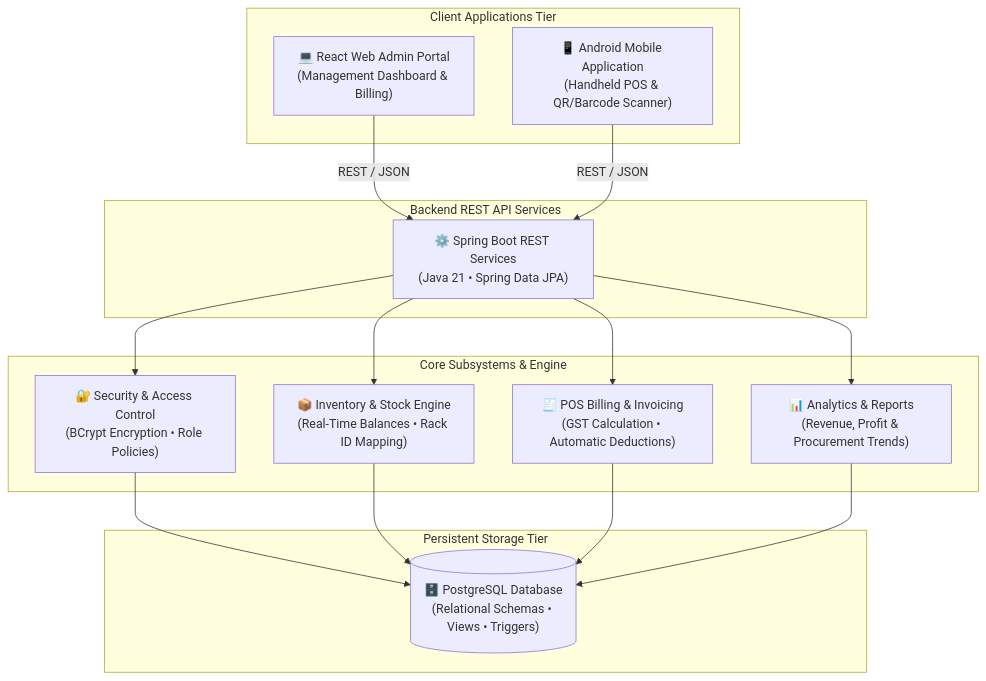
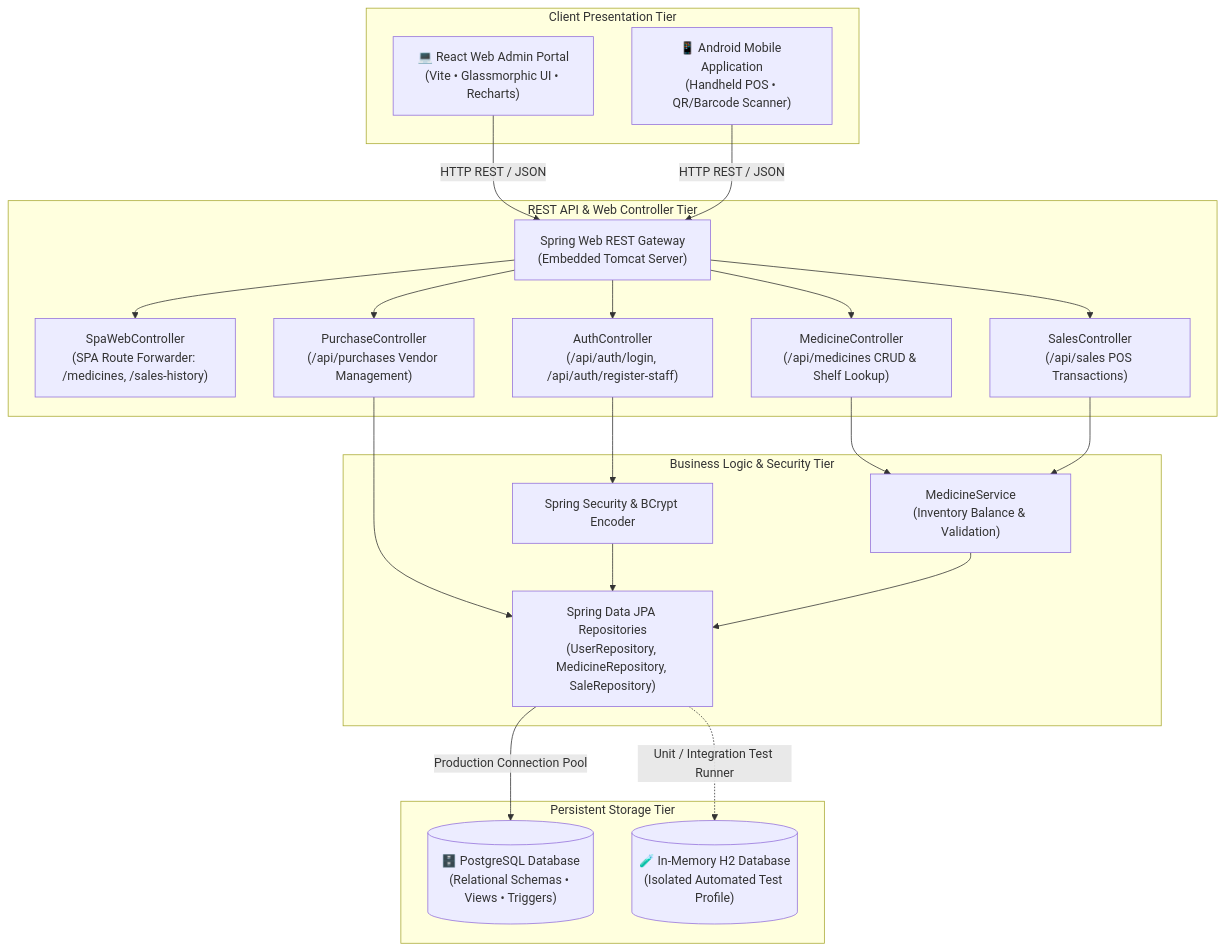
One commit to Sxnjxy25/Medicen changed the first of 7 diagrams in README.md. Above: the diagram before and after it, drawn with Mermaid. The commit also changed other lines of this file, not shown here.

Commit message:
docs: create comprehensive production-ready README with system diagrams and architecture

````diff
--- a/README.md
+++ b/README.md
@@ -11,35 +148,46 @@
 ```mermaid
-graph TD
-    subgraph Client_Layer [Client Applications Tier]
-        A1["💻 React Web Admin Portal<br/>(Management Dashboard & Billing)"]
-        A2["📱 Android Mobile Application<br/>(Handheld POS & QR/Barcode Scanner)"]
+flowchart TD
+    subgraph Client_Layer ["Client Presentation Tier"]
+        Web["💻 React Web Admin Portal<br/>(Vite • Glassmorphic UI • Recharts)"]
+        Mobile["📱 Android Mobile Application<br/>(Handheld POS • QR/Barcode Scanner)"]
     end
 
-    subgraph API_Gateway [Backend REST API Services]
-        B["⚙️ Spring Boot REST Services<br/>(Java 21 • Spring Data JPA)"]
+    subgraph API_Gateway ["REST API & Web Controller Tier"]
+        Router["Spring Web REST Gateway<br/>(Embedded Tomcat Server)"]
+        SpaCtrl["SpaWebController<br/>(SPA Route Forwarder: /medicines, /sales-history)"]
+        AuthCtrl["AuthController<br/>(/api/auth/login, /api/auth/register-staff)"]
+        MedCtrl["MedicineController<br/>(/api/medicines CRUD & Shelf Lookup)"]
+        SalesCtrl["SalesController<br/>(/api/sales POS Transactions)"]
+        PurchCtrl["PurchaseController<br/>(/api/purchases Vendor Management)"]
     end
 
-    subgraph System_Modules [Core Subsystems & Engine]
-        C1["🔐 Security & Access Control<br/>(BCrypt Encryption • Role Policies)"]
-        C2["📦 Inventory & Stock Engine<br/>(Real-Time Balances • Rack ID Mapping)"]
-        C3["🧾 POS Billing & Invoicing<br/>(GST Calculation • Automatic Deductions)"]
-        C4["📊 Analytics & Reports<br/>(Revenue, Profit & Procurement Trends)"]
+    subgraph Service_Domain ["Business Logic & Security Tier"]
+        SecEngine["Spring Security & BCrypt Encoder"]
+        MedService["MedicineService<br/>(Inventory Balance & Validation)"]
+        DataRepo["Spring Data JPA Repositories<br/>(UserRepository, MedicineRepository, SaleRepository)"]
     end
 
-    subgraph Data_Storage [Persistent Storage Tier]
-        D[("🗄️ PostgreSQL Database<br/>(Relational Schemas • Views • Triggers)")]
+    subgraph Data_Storage ["Persistent Storage Tier"]
+        ProdDB[("🗄️ PostgreSQL Database<br/>(Relational Schemas • Views • Triggers)")]
+        TestDB[("🧪 In-Memory H2 Database<br/>(Isolated Automated Test Profile)")]
     end
 
-    A1 -->|REST / JSON| B
-    A2 -->|REST / JSON| B
+    Web -->|"HTTP REST / JSON"| Router
+    Mobile -->|"HTTP REST / JSON"| Router
+    Router --> SpaCtrl
+    Router --> AuthCtrl
+    Router --> MedCtrl
+    Router --> SalesCtrl
+    Router --> PurchCtrl
 
-    B --> C1
-    B --> C2
-    B --> C3
-    B --> C4
+    AuthCtrl --> SecEngine
+    MedCtrl --> MedService
+    SalesCtrl --> MedService
+    PurchCtrl --> DataRepo
 
-    C1 --> D
-    C2 --> D
-    C3 --> D
-    C4 --> D
+    SecEngine --> DataRepo
+    MedService --> DataRepo
+
+    DataRepo -->|"Production Connection Pool"| ProdDB
+    DataRepo -.->|"Unit / Integration Test Runner"| TestDB
 ```
````
